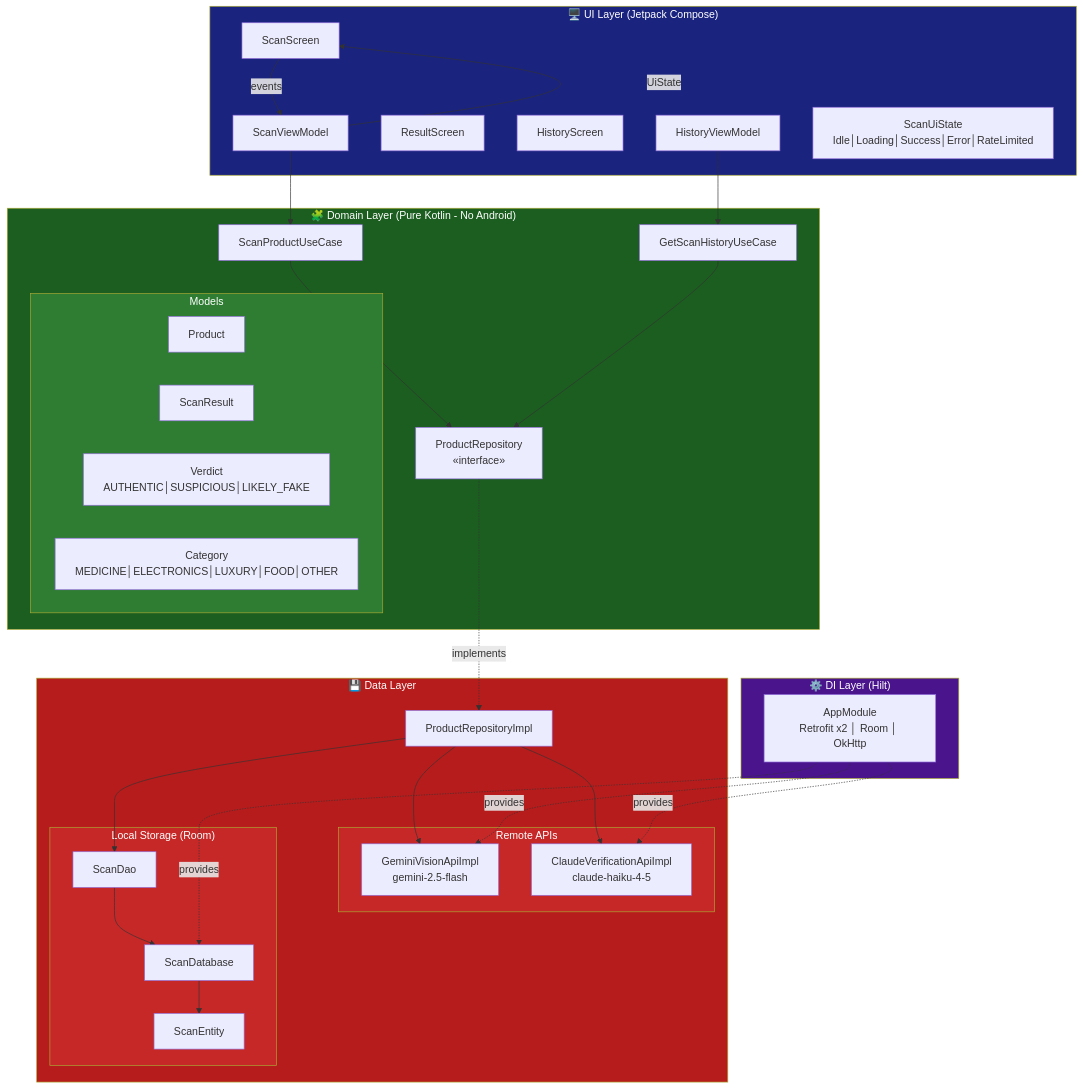
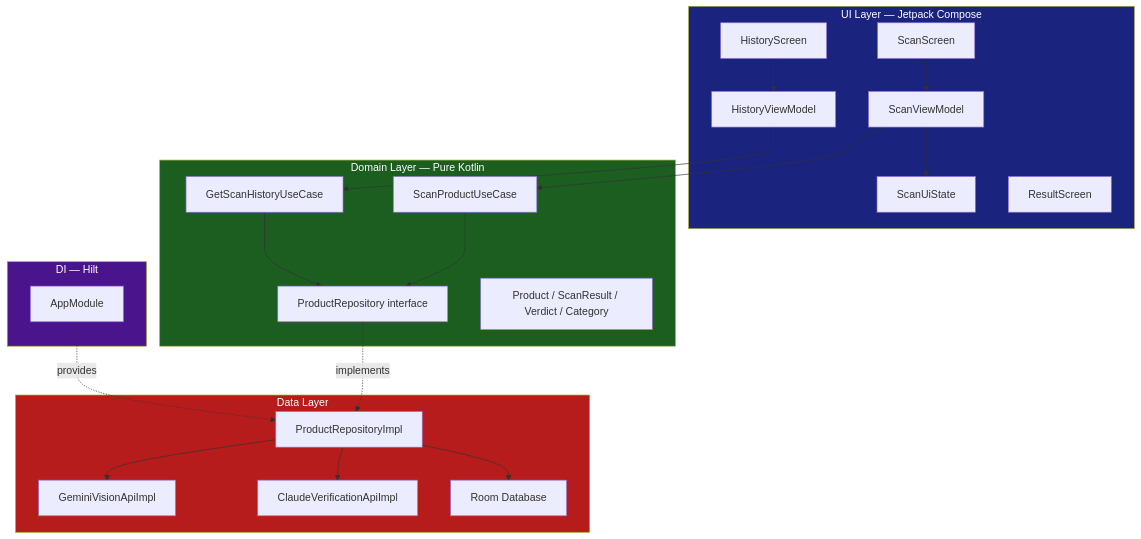
Before and after one commit to lakshmanreddymv-bot/FakeProductDetector: the first of 5 diagrams in README.md, drawn with Mermaid. The commit also changed other lines of this file, not shown here.

Commit message:
Fix screenshot sizes + slim down all Mermaid diagrams for readability

````diff
--- a/README.md
+++ b/README.md
@@ -33,64 +34,42 @@
 ```mermaid
 graph TB
-    subgraph UI["🖥️  UI Layer  (Jetpack Compose)"]
-        SC[ScanScreen]
-        SVM[ScanViewModel]
+    subgraph UI["UI Layer — Jetpack Compose"]
+        SC[ScanScreen] --> SVM[ScanViewModel]
+        SVM --> SS[ScanUiState]
         RS[ResultScreen]
-        HS[HistoryScreen]
-        HVM[HistoryViewModel]
-        SS[ScanUiState<br/>Idle│Loading│Success│Error│RateLimited]
+        HS[HistoryScreen] --> HVM[HistoryViewModel]
     end
 
-    subgraph DOMAIN["🧩  Domain Layer  (Pure Kotlin - No Android)"]
+    subgraph DOMAIN["Domain Layer — Pure Kotlin"]
         SUC[ScanProductUseCase]
         GHC[GetScanHistoryUseCase]
-        PR[ProductRepository<br/>«interface»]
-        subgraph MODELS["Models"]
-            P[Product]
-            SR[ScanResult]
-            V[Verdict<br/>AUTHENTIC│SUSPICIOUS│LIKELY_FAKE]
-            C[Category<br/>MEDICINE│ELECTRONICS│LUXURY│FOOD│OTHER]
-        end
+        PR[ProductRepository interface]
+        MOD[Product / ScanResult / Verdict / Category]
     end
 
-    subgraph DATA["💾  Data Layer"]
+    subgraph DATA["Data Layer"]
         PRI[ProductRepositoryImpl]
-        subgraph API["Remote APIs"]
-            GVI[GeminiVisionApiImpl<br/>gemini-2.5-flash]
-            CAI[ClaudeVerificationApiImpl<br/>claude-haiku-4-5]
-        end
-        subgraph LOCAL["Local Storage  (Room)"]
-            SD[ScanDao]
-            SDB[ScanDatabase]
-            SE[ScanEntity]
-        end
+        GVI[GeminiVisionApiImpl]
+        CAI[ClaudeVerificationApiImpl]
+        DB[Room Database]
     end
 
-    subgraph DI["⚙️  DI Layer  (Hilt)"]
-        AM[AppModule<br/>Retrofit x2 │ Room │ OkHttp]
+    subgraph DI["DI — Hilt"]
+        AM[AppModule]
     end
 
-    SC -->|events| SVM
-    SVM -->|UiState| SC
     SVM --> SUC
     HVM --> GHC
     SUC --> PR
     GHC --> PR
     PR -.->|implements| PRI
     PRI --> GVI
     PRI --> CAI
-    PRI --> SD
-    SD --> SDB
-    SDB --> SE
-    AM -.->|provides| GVI
-    AM -.->|provides| CAI
-    AM -.->|provides| SDB
+    PRI --> DB
+    AM -.->|provides| PRI
 
     style UI fill:#1a237e,color:#fff
     style DOMAIN fill:#1b5e20,color:#fff
     style DATA fill:#b71c1c,color:#fff
     style DI fill:#4a148c,color:#fff
-    style MODELS fill:#2e7d32,color:#fff
-    style API fill:#c62828,color:#fff
-    style LOCAL fill:#c62828,color:#fff
 ```
````
